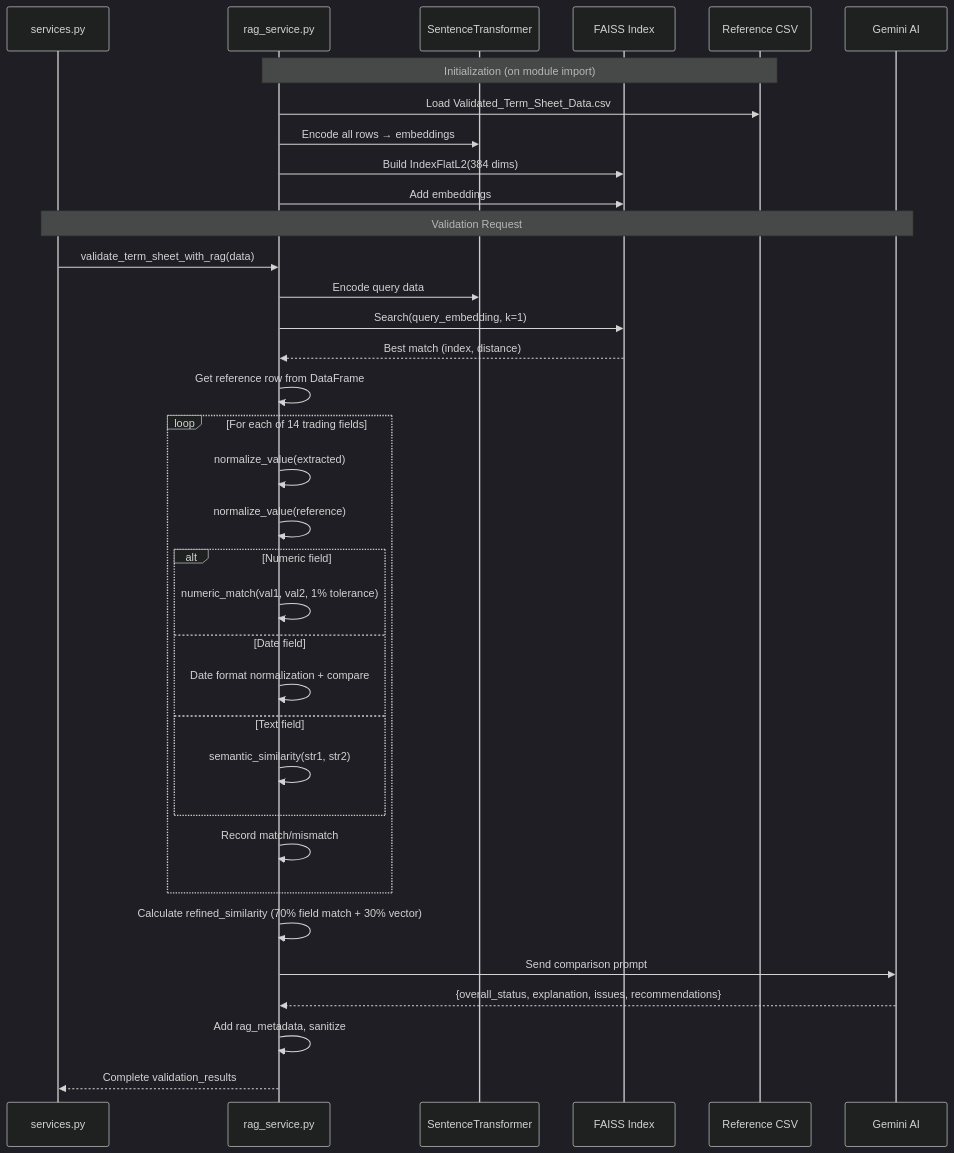
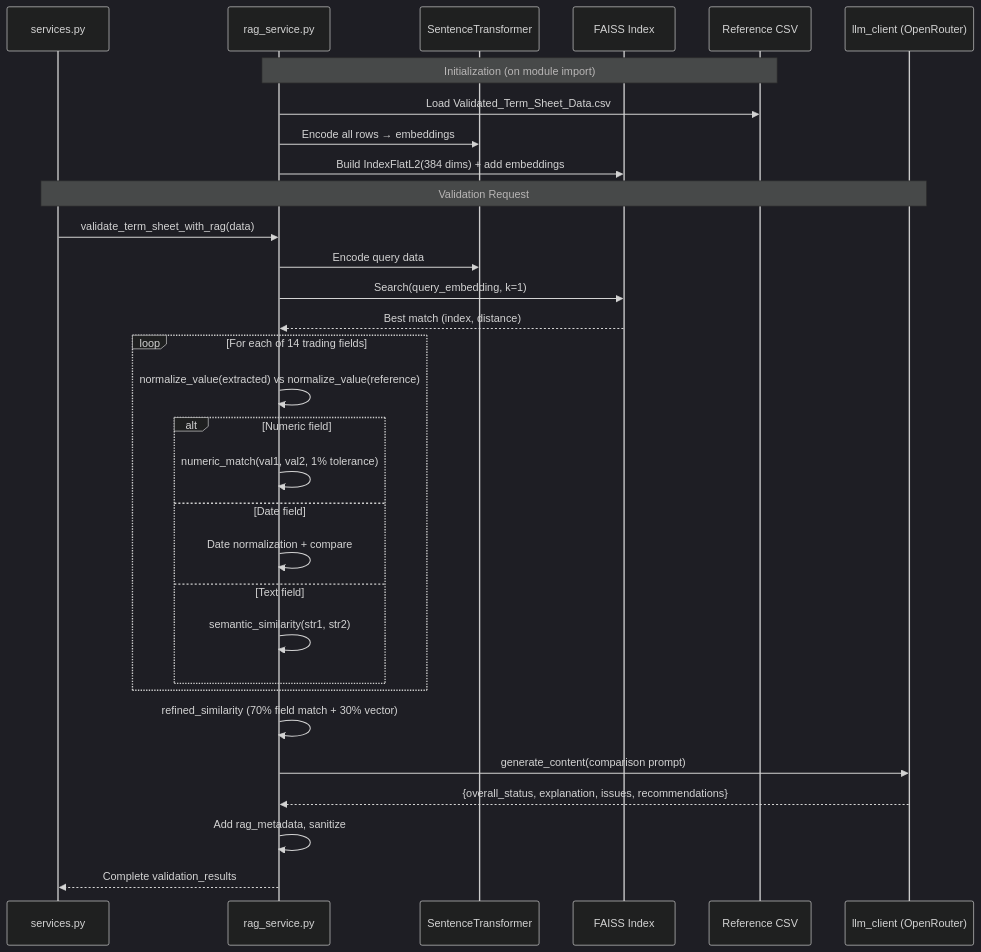
Before and after one commit to Atharva-Dhavale/NeuroLex: the fifth of 5 diagrams in DOCUMENTATION.md, drawn with Mermaid (dark theme). The commit also changed other lines of this file and 37 other files, not shown here.

````diff
--- a/DOCUMENTATION.md
+++ b/DOCUMENTATION.md
@@ -699,41 +668,37 @@
 ```mermaid
 sequenceDiagram
     participant Svc as services.py
     participant RAG as rag_service.py
     participant ST as SentenceTransformer
     participant FI as FAISS Index
     participant CSV as Reference CSV
-    participant GEM as Gemini AI
+    participant LLM as llm_client (OpenRouter)
 
     Note over RAG,CSV: Initialization (on module import)
     RAG->>CSV: Load Validated_Term_Sheet_Data.csv
     RAG->>ST: Encode all rows → embeddings
-    RAG->>FI: Build IndexFlatL2(384 dims)
-    RAG->>FI: Add embeddings
+    RAG->>FI: Build IndexFlatL2(384 dims) + add embeddings
 
-    Note over Svc,GEM: Validation Request
+    Note over Svc,LLM: Validation Request
     Svc->>RAG: validate_term_sheet_with_rag(data)
     RAG->>ST: Encode query data
     RAG->>FI: Search(query_embedding, k=1)
     FI-->>RAG: Best match (index, distance)
-    RAG->>RAG: Get reference row from DataFrame
 
     loop For each of 14 trading fields
-        RAG->>RAG: normalize_value(extracted)
-        RAG->>RAG: normalize_value(reference)
+        RAG->>RAG: normalize_value(extracted) vs normalize_value(reference)
         alt Numeric field
             RAG->>RAG: numeric_match(val1, val2, 1% tolerance)
         else Date field
-            RAG->>RAG: Date format normalization + compare
+            RAG->>RAG: Date normalization + compare
         else Text field
             RAG->>RAG: semantic_similarity(str1, str2)
         end
-        RAG->>RAG: Record match/mismatch
     end
 
-    RAG->>RAG: Calculate refined_similarity (70% field match + 30% vector)
-    RAG->>GEM: Send comparison prompt
-    GEM-->>RAG: {overall_status, explanation, issues, recommendations}
+    RAG->>RAG: refined_similarity (70% field match + 30% vector)
+    RAG->>LLM: generate_content(comparison prompt)
+    LLM-->>RAG: {overall_status, explanation, issues, recommendations}
     RAG->>RAG: Add rag_metadata, sanitize
     RAG-->>Svc: Complete validation_results
 ```
````
